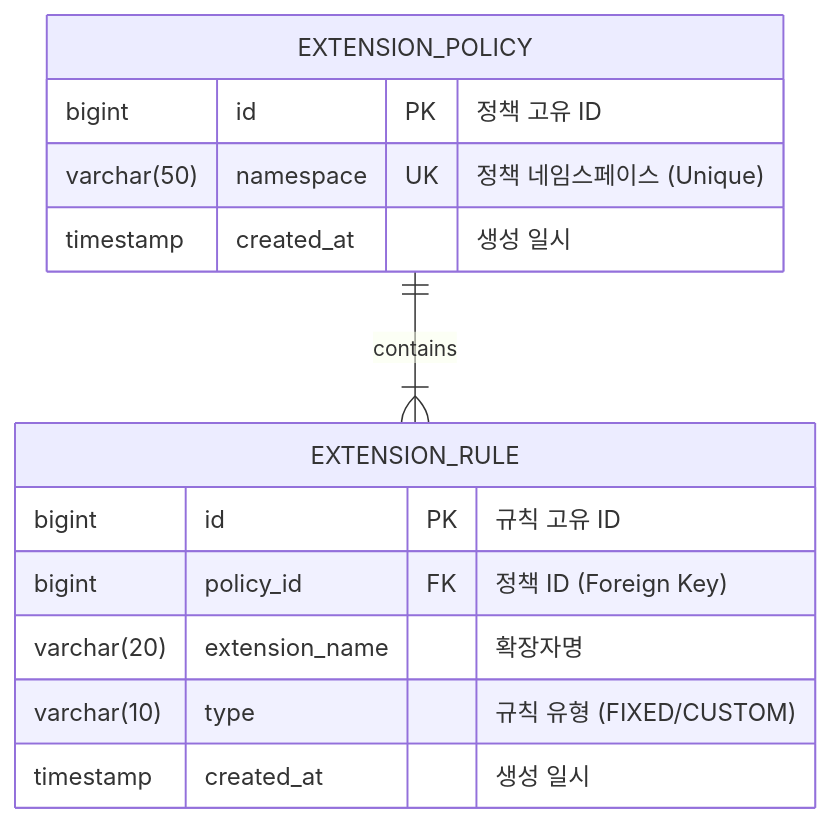
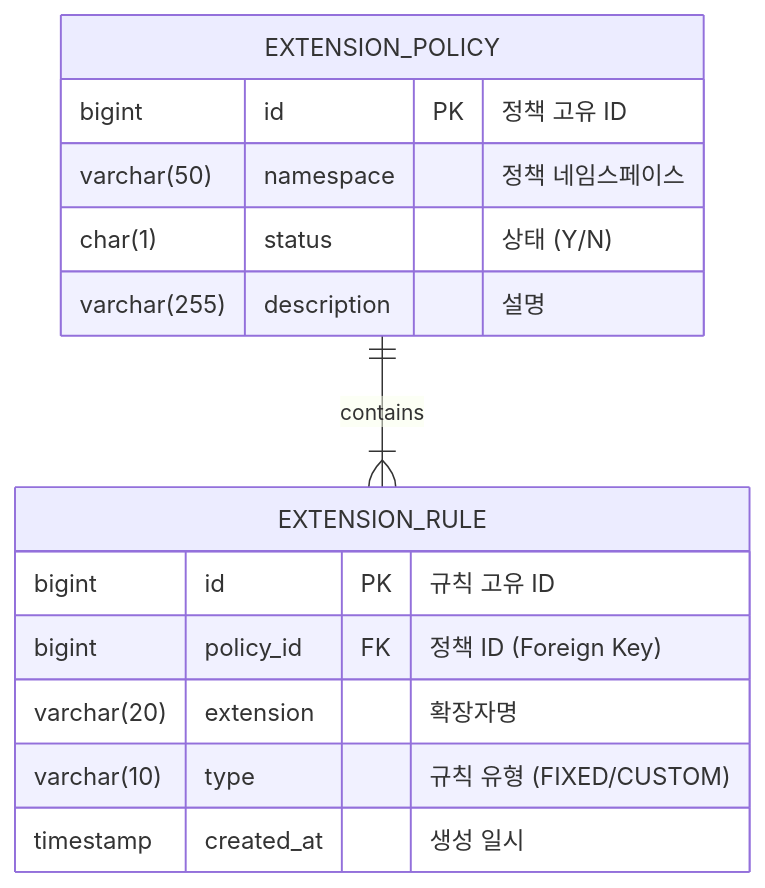
One commit to jjang158/FILE_EXTENTION_BLOCKING changed the second of 2 diagrams in README.md. Above: the diagram before and after it, drawn with Mermaid. The commit also changed other lines of this file, not shown here.

Commit message:
docs: README 주요 제약 조건 수정

````diff
--- a/README.md
+++ b/README.md
@@ -85,18 +85,19 @@
 ```mermaid
 erDiagram
     EXTENSION_POLICY {
         bigint id PK "정책 고유 ID"
-        varchar(50) namespace UK "정책 네임스페이스 (Unique)"
-        timestamp created_at "생성 일시"
+        varchar(50) namespace "정책 네임스페이스"
+        char(1) status "상태 (Y/N)"
+        varchar(255) description "설명"
     }
 
     EXTENSION_RULE {
         bigint id PK "규칙 고유 ID"
         bigint policy_id FK "정책 ID (Foreign Key)"
-        varchar(20) extension_name "확장자명"
+        varchar(20) extension "확장자명"
         varchar(10) type "규칙 유형 (FIXED/CUSTOM)"
         timestamp created_at "생성 일시"
     }
 
     EXTENSION_POLICY ||--|{ EXTENSION_RULE : "contains"
 ```
````
